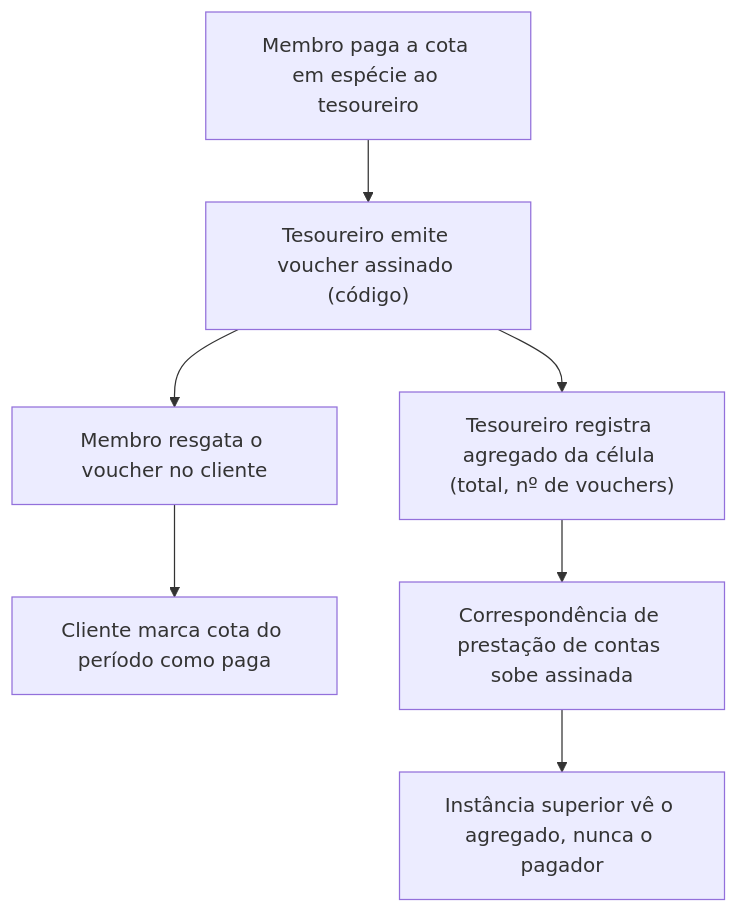
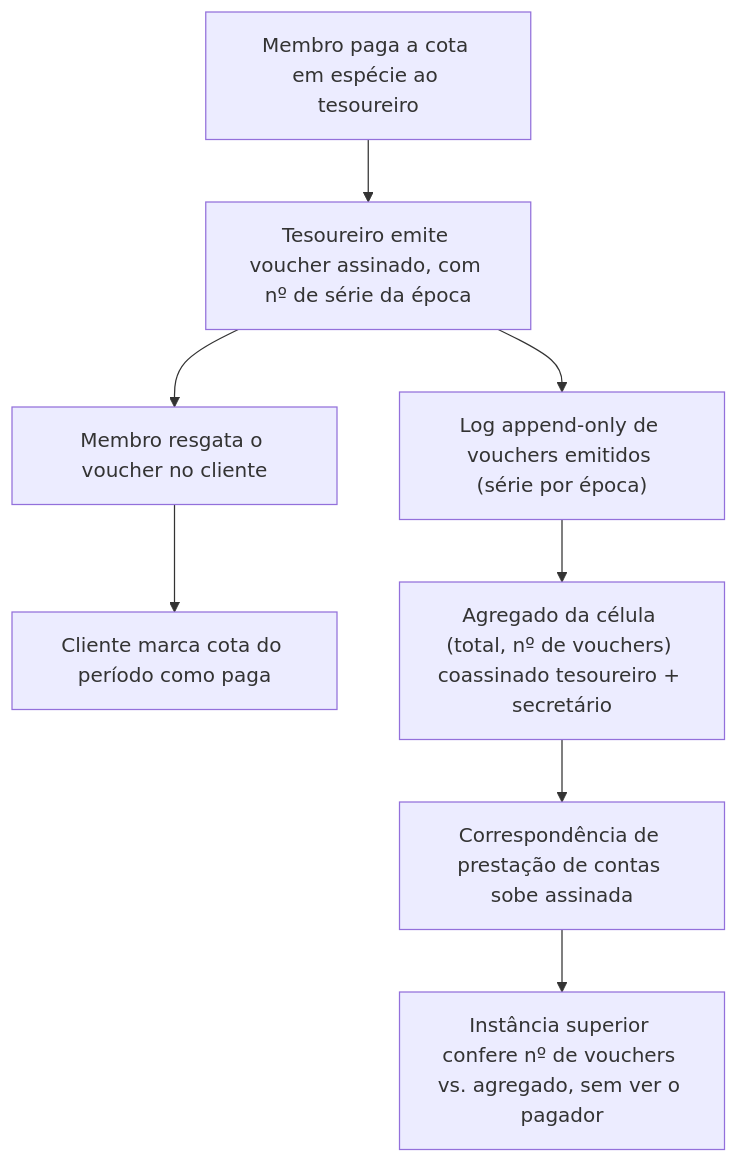
Before and after one commit to ricardod31/partido: the diagram in docs/05-financiamento.md, drawn with Mermaid. The commit also changed other lines of this file and 5 other files, not shown here.

````diff
--- a/docs/05-financiamento.md
+++ b/docs/05-financiamento.md
@@ -61,9 +68,10 @@
 ```mermaid
 flowchart TD
-    A["Membro paga a cota em espécie ao tesoureiro"] --> B["Tesoureiro emite voucher assinado (código)"]
+    A["Membro paga a cota em espécie ao tesoureiro"] --> B["Tesoureiro emite voucher assinado, com nº de série da época"]
     B --> C["Membro resgata o voucher no cliente"]
     C --> D["Cliente marca cota do período como paga"]
-    B --> E["Tesoureiro registra agregado da célula (total, nº de vouchers)"]
+    B --> L["Log append-only de vouchers emitidos (série por época)"]
+    L --> E["Agregado da célula (total, nº de vouchers) coassinado tesoureiro + secretário"]
     E --> F["Correspondência de prestação de contas sobe assinada"]
-    F --> G["Instância superior vê o agregado, nunca o pagador"]
+    F --> G["Instância superior confere nº de vouchers vs. agregado, sem ver o pagador"]
 ```
````
